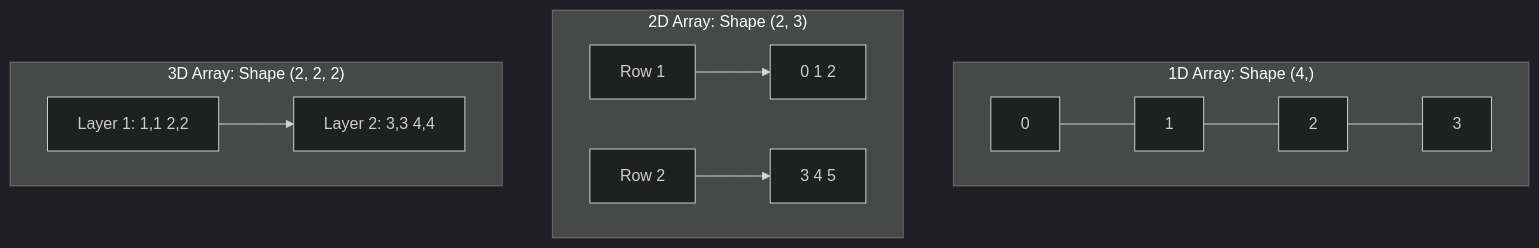
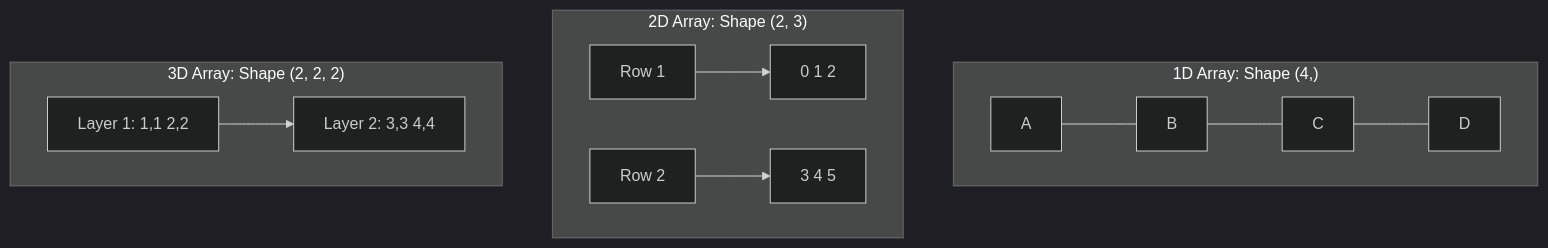
One commit to riyann00b/SDHub-DS changed the fourth of 5 diagrams in README.md. Above: the diagram before and after it, drawn with Mermaid (dark theme). The commit also changed other lines of this file, not shown here.

````diff
--- a/README.md
+++ b/README.md
@@ -250,14 +304,14 @@
 ```mermaid
 graph TD
     subgraph "1D Array: Shape (4,)"
-        A[0] --- B[1] --- C[2] --- D[3]
+        A --- B --- C --- D
     end
     subgraph "2D Array: Shape (2, 3)"
         direction LR
         R1[Row 1] --> C1[0 1 2]
         R2[Row 2] --> C2[3 4 5]
     end
     subgraph "3D Array: Shape (2, 2, 2)"
         L1[Layer 1: 1,1 2,2] --> L2[Layer 2: 3,3 4,4]
     end
 ```
````
